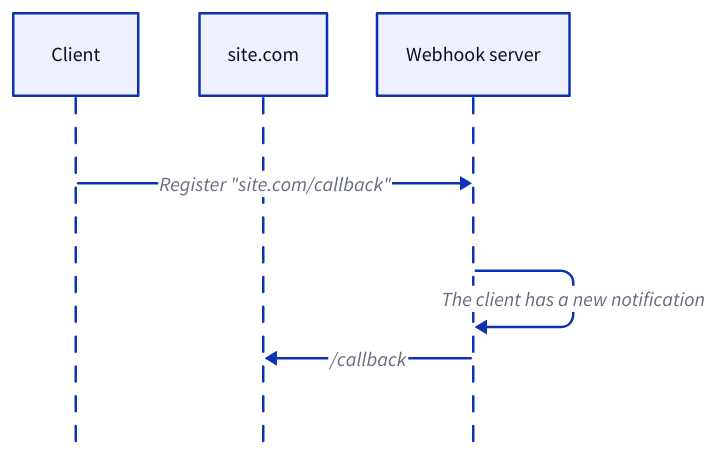
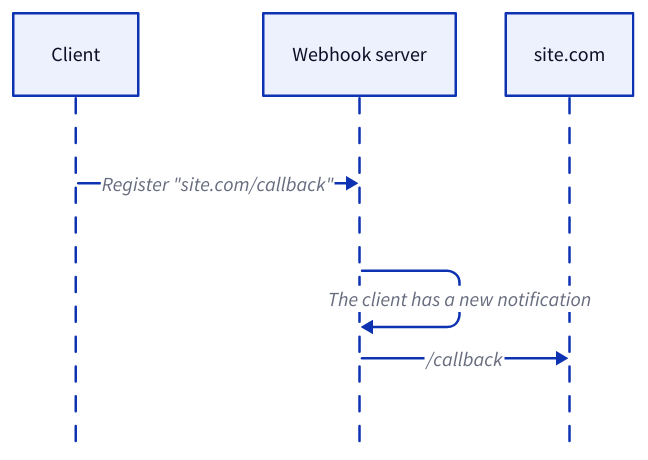
One commit to link1905/system-design-101 changed diagram 12 of 12 in content/docs/web-service/communication-protocols/_index.md. Above: the diagram before and after it, drawn with D2. The commit also changed other lines of this file and 12 other files, not shown here.

````diff
--- a/content/docs/web-service/communication-protocols/_index.md
+++ b/content/docs/web-service/communication-protocols/_index.md
@@ -504,16 +503,16 @@
 ```d2
 
 shape: sequence_diagram
 c: Client {
     class: client
 }
+s: Webhook server {
+    class: server
+}
 cb: "site.com" {
   class: server
-}
-s: Webhook server {
-    class: server
 }
 c --> s: 'Register "site.com/callback"'
 s --> s: The client has a new notification
 s --> cb: "/callback"
 ```
````
